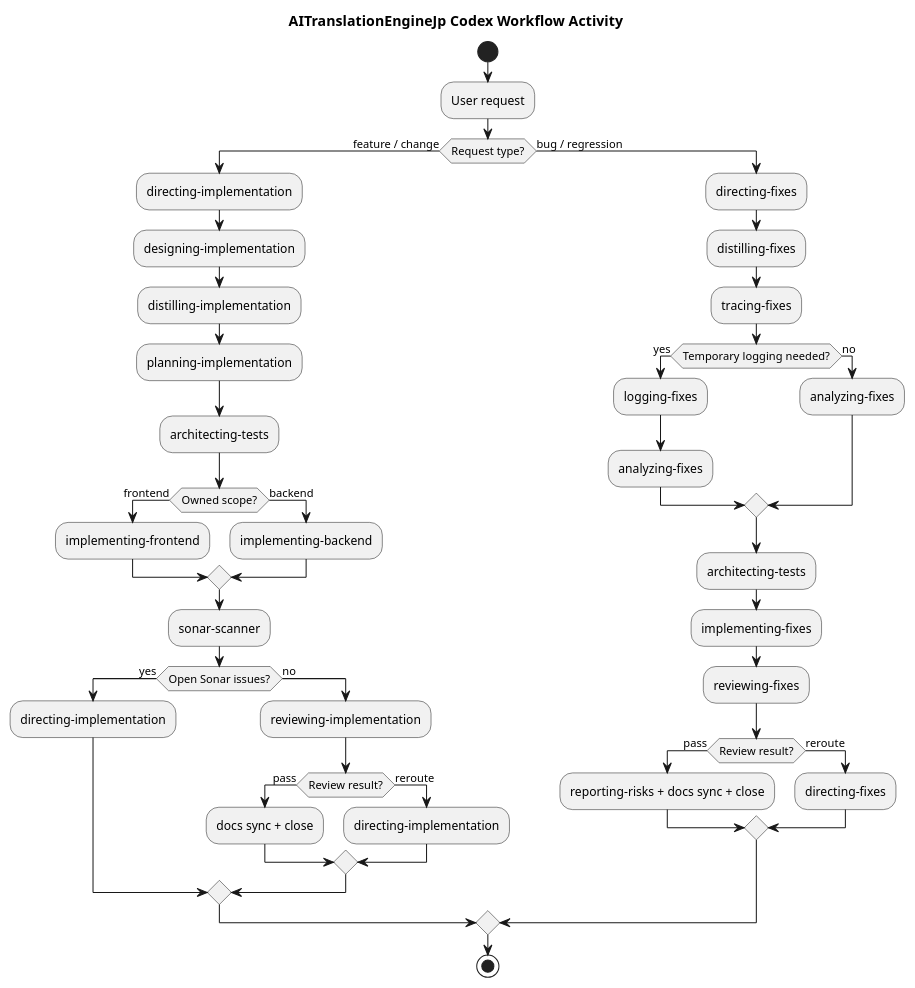
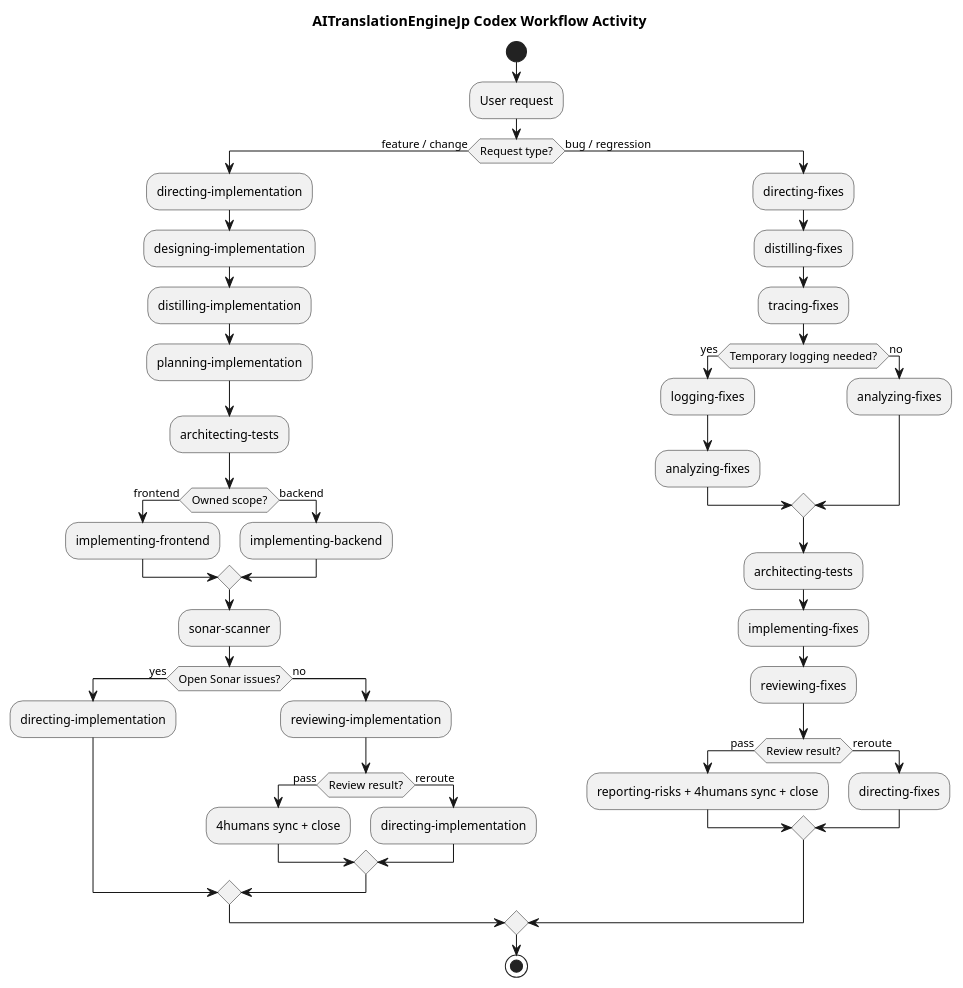
Before and after one commit to ishibata91/AITranslationEngineJP: the diagram in .codex/workflow_activity_diagram.puml, drawn with PlantUML. The commit also changed 49 other files, not shown here.

```diff
--- a/.codex/workflow_activity_diagram.puml
+++ b/.codex/workflow_activity_diagram.puml
@@ -1,56 +1,56 @@
 @startuml WorkflowActivity
 title AITranslationEngineJp Codex Workflow Activity
 skinparam shadowing false
 skinparam linetype ortho
 
 start
 :User request;
 
 if (Request type?) then (feature / change)
   :directing-implementation;
   :designing-implementation;
   :distilling-implementation;
   :planning-implementation;
   :architecting-tests;
 
   if (Owned scope?) then (frontend)
     :implementing-frontend;
   else (backend)
     :implementing-backend;
   endif
 
   :sonar-scanner;
   if (Open Sonar issues?) then (yes)
     :directing-implementation;
   else (no)
   :reviewing-implementation;
   if (Review result?) then (pass)
-    :docs sync + close;
+    :4humans sync + close;
   else (reroute)
     :directing-implementation;
   endif
   endif
 else (bug / regression)
   :directing-fixes;
   :distilling-fixes;
   :tracing-fixes;
 
   if (Temporary logging needed?) then (yes)
     :logging-fixes;
     :analyzing-fixes;
   else (no)
     :analyzing-fixes;
   endif
 
   :architecting-tests;
   :implementing-fixes;
   :reviewing-fixes;
   if (Review result?) then (pass)
-    :reporting-risks + docs sync + close;
+    :reporting-risks + 4humans sync + close;
   else (reroute)
     :directing-fixes;
   endif
 endif
 
 stop
 @enduml
```
